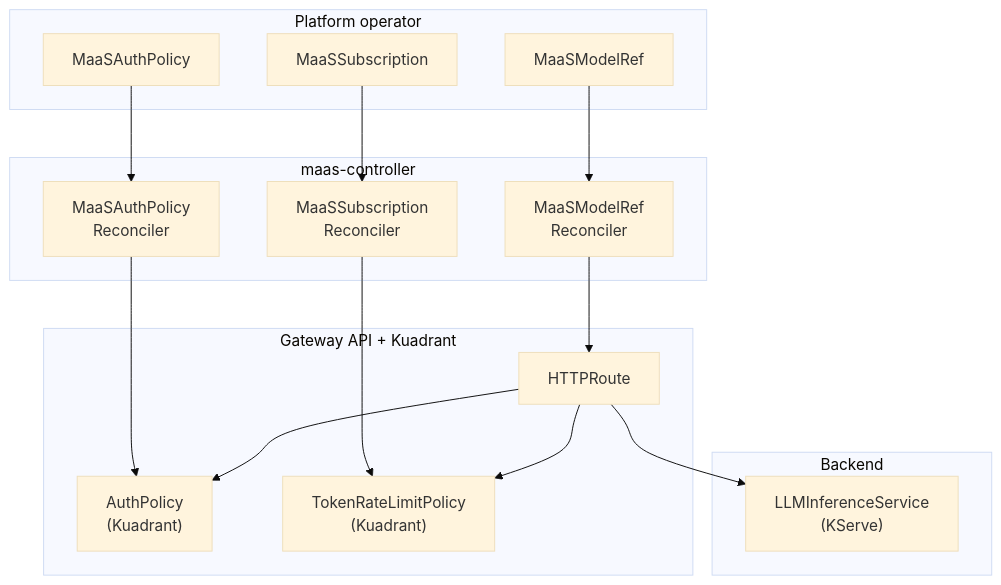
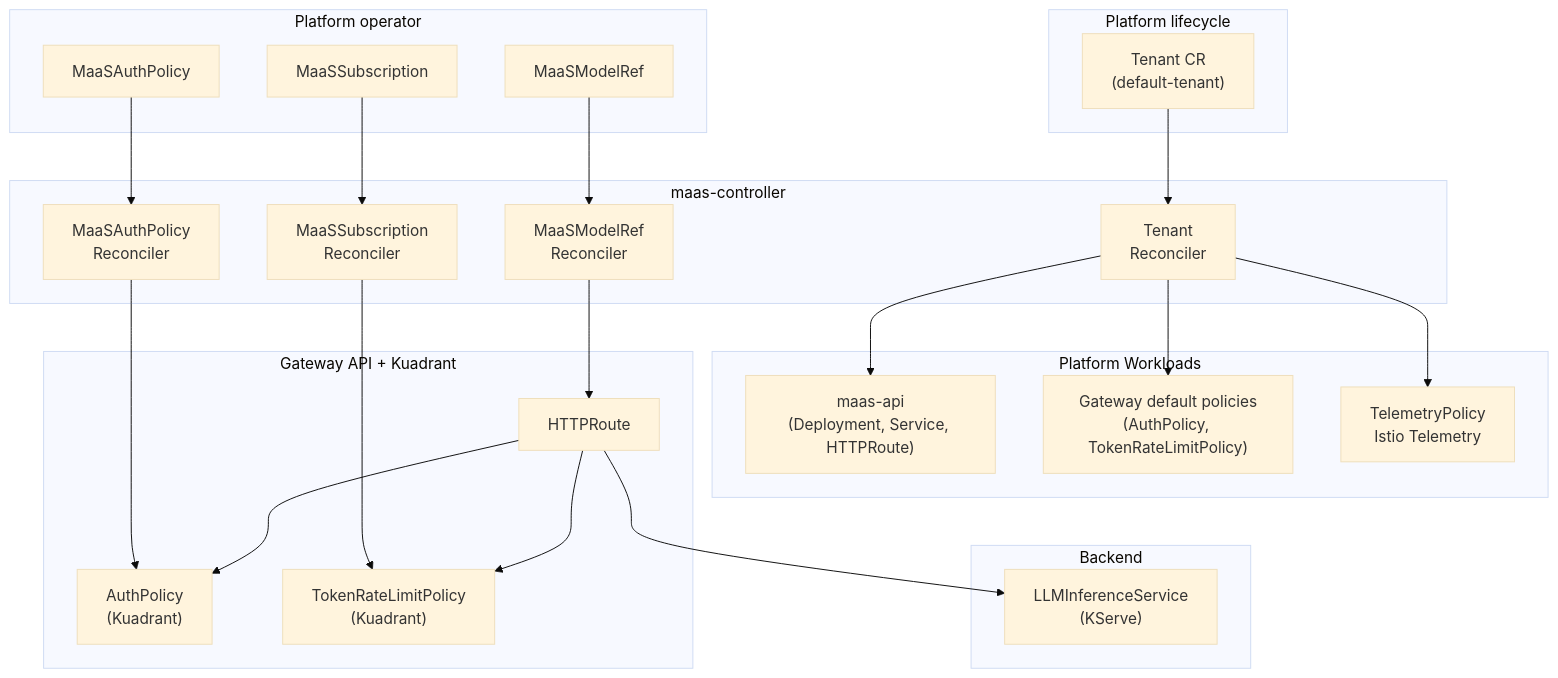
One commit to SB159/maas-billing changed the first of 7 diagrams in docs/content/configuration-and-management/maas-controller-overview.md. Above: the diagram before and after it, drawn with Mermaid (base theme). The commit also changed other lines of this file and 8 other files, not shown here.

First line of the commit message:
docs: add/update documentation for Maas Tenant (#773)

````diff
--- a/docs/content/configuration-and-management/maas-controller-overview.md
+++ b/docs/content/configuration-and-management/maas-controller-overview.md
@@ -24,36 +24,52 @@
 ```mermaid
 flowchart TB
+    subgraph Platform["Platform lifecycle"]
+        Tenant["Tenant CR\n(default-tenant)"]
+    end
+
     subgraph Operator["Platform operator"]
         MaaSModelRef["MaaSModelRef"]
         MaaSAuthPolicy["MaaSAuthPolicy"]
         MaaSSubscription["MaaSSubscription"]
     end
 
     subgraph Controller["maas-controller"]
+        TenantReconciler["Tenant\nReconciler"]
         ModelReconciler["MaaSModelRef\nReconciler"]
         AuthReconciler["MaaSAuthPolicy\nReconciler"]
         SubReconciler["MaaSSubscription\nReconciler"]
+    end
+
+    subgraph PlatformWorkloads["Platform Workloads"]
+        MaaSAPI["maas-api\n(Deployment, Service, HTTPRoute)"]
+        GatewayPolicies["Gateway default policies\n(AuthPolicy, TokenRateLimitPolicy)"]
+        Telemetry["TelemetryPolicy\nIstio Telemetry"]
     end
 
     subgraph GatewayStack["Gateway API + Kuadrant"]
         HTTPRoute["HTTPRoute"]
         AuthPolicy["AuthPolicy\n(Kuadrant)"]
         TokenRateLimitPolicy["TokenRateLimitPolicy\n(Kuadrant)"]
     end
 
     subgraph Backend["Backend"]
         LLMIS["LLMInferenceService\n(KServe)"]
     end
+
+    Tenant --> TenantReconciler
+    TenantReconciler --> MaaSAPI
+    TenantReconciler --> GatewayPolicies
+    TenantReconciler --> Telemetry
 
     MaaSModelRef --> ModelReconciler
     MaaSAuthPolicy --> AuthReconciler
     MaaSSubscription --> SubReconciler
 
     ModelReconciler --> HTTPRoute
     AuthReconciler --> AuthPolicy
     SubReconciler --> TokenRateLimitPolicy
 
     HTTPRoute --> AuthPolicy
     HTTPRoute --> TokenRateLimitPolicy
     HTTPRoute --> LLMIS
 ```
````
